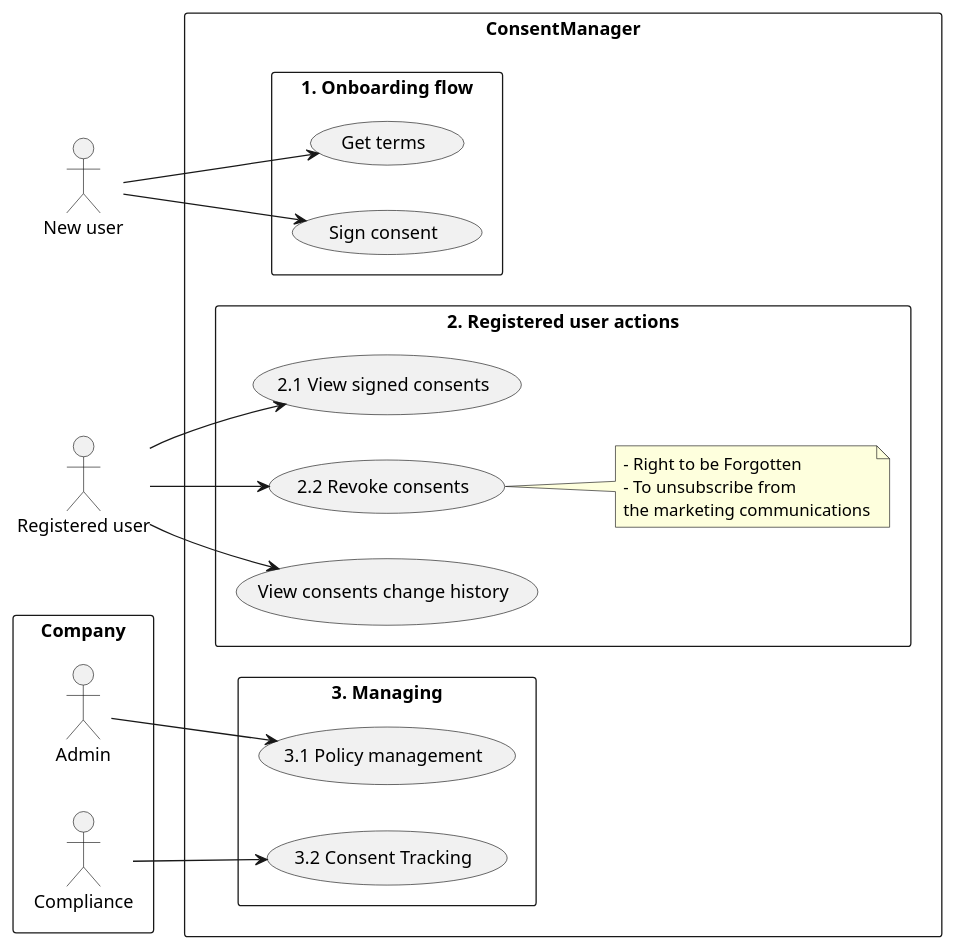
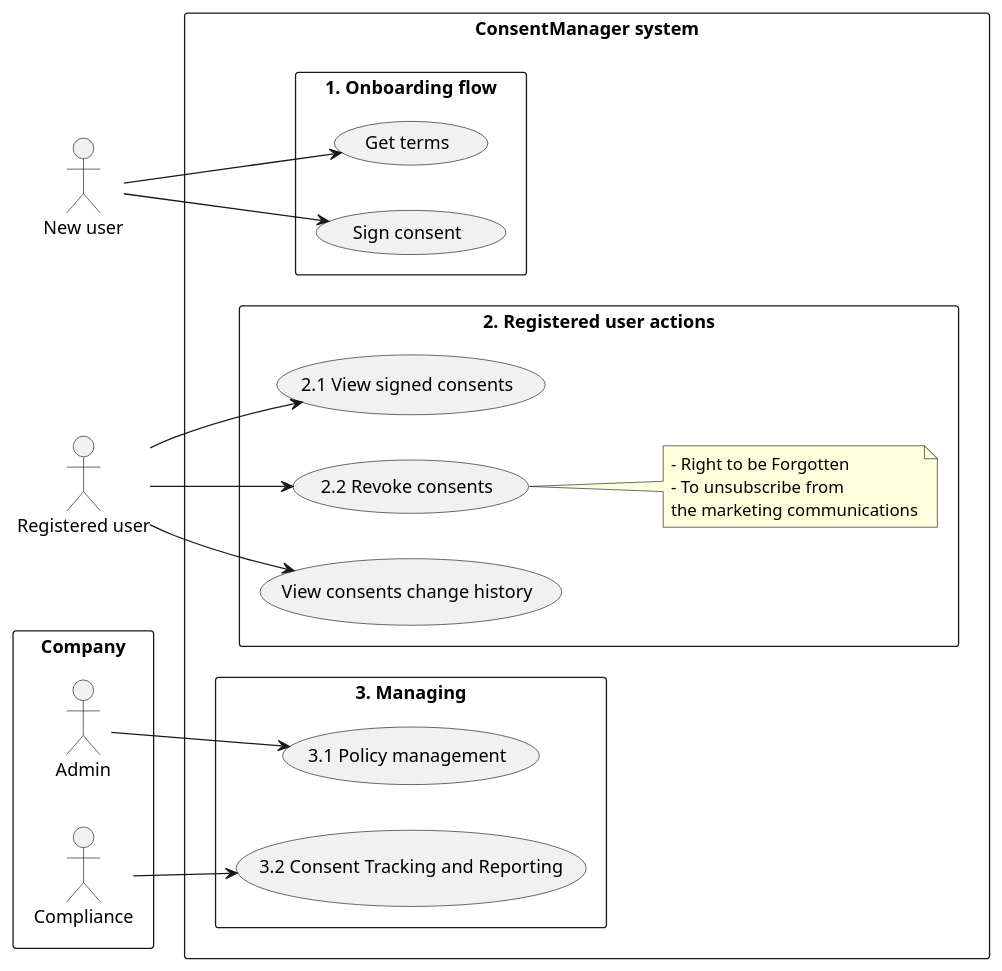
Before and after one commit to msfs11/ConsentManager: the diagram in docs/usecase.puml, drawn with PlantUML. The commit also changed 7 other files, not shown here.

```diff
--- a/docs/usecase.puml
+++ b/docs/usecase.puml
@@ -1,46 +1,47 @@
 @startuml usecase
+
 left to right direction
 skinparam packageStyle rect
 
 actor "New user" as new_user
 actor "Registered user" as registered_user
 
 package Company {
     actor Admin as admin
     actor Compliance as c
 }
 
-rectangle "ConsentManager" {
+rectangle "ConsentManager system" {
   rectangle "1. Onboarding flow" {
     usecase "Get terms" as terms
     usecase "Sign consent" as sign
   }
 
   rectangle "2. Registered user actions" {
     usecase signed as "2.1 View signed consents"
     usecase revoke as "2.2 Revoke consents"
     note right of (revoke)
       - Right to be Forgotten
       - To unsubscribe from 
       the marketing communications
     end note
     usecase history as "View consents change history"
   }
 
   rectangle "3. Managing" {
     usecase "3.1 Policy management" as manage
-    usecase "3.2 Consent Tracking" as tracking    
+    usecase "3.2 Consent Tracking and Reporting" as tracking    
   }
   
 }
 
 new_user --> terms
 new_user --> sign
 
 registered_user --> signed
 registered_user --> revoke
 registered_user --> history
 
 admin --> manage
 c --> tracking
 @enduml
```
